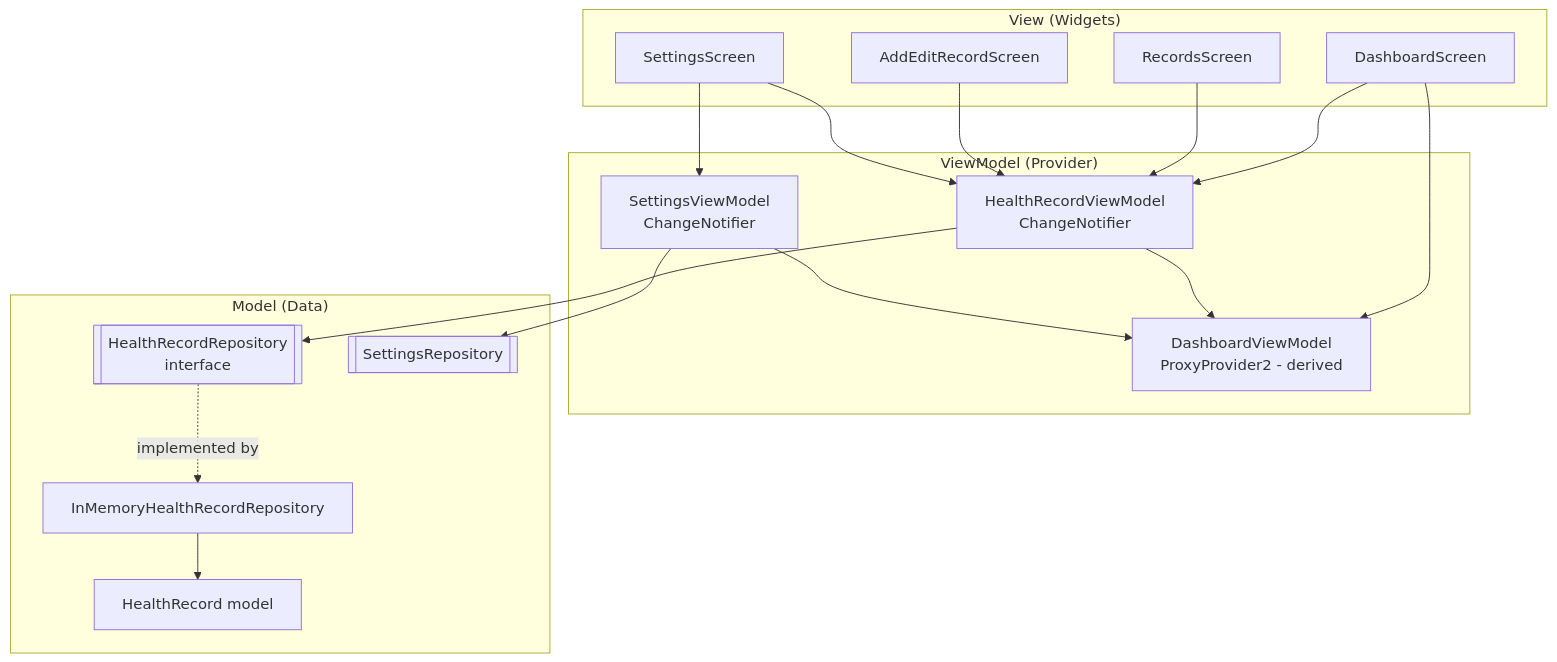
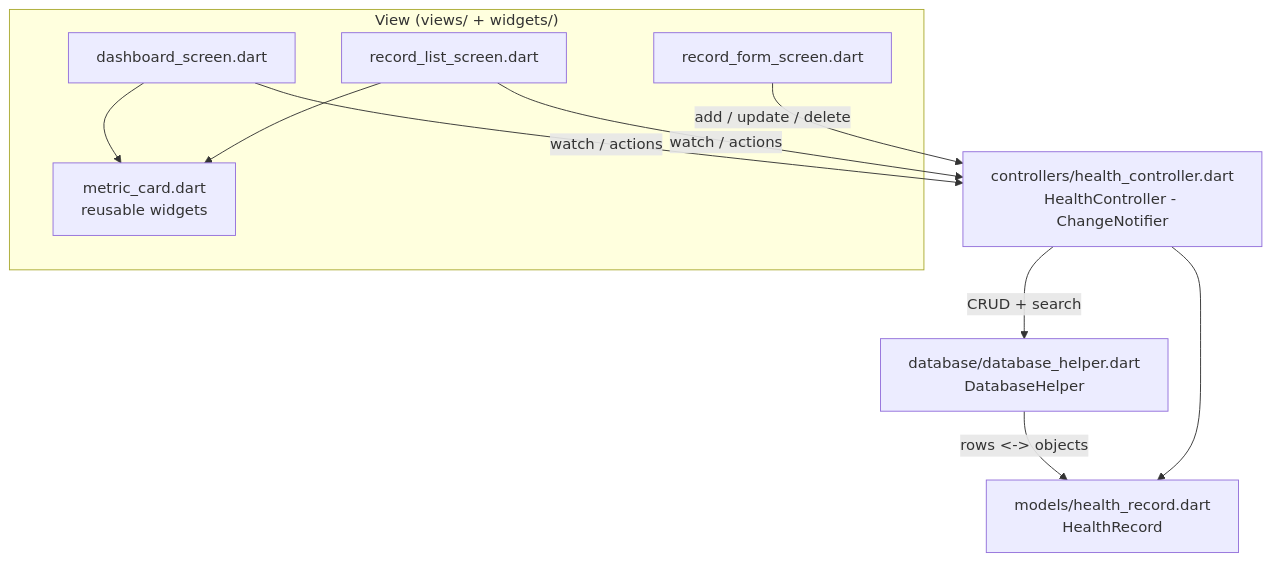
The diagram in README.md (Gayya-99/healthmate), drawn with Mermaid before and after one commit. The commit also changed other lines of this file and 5 other files, not shown here.

````diff
--- a/README.md
+++ b/README.md
@@ -28,32 +31,21 @@
 ```mermaid
 flowchart TD
-    subgraph View["View (Widgets)"]
-        D[DashboardScreen]
-        R[RecordsScreen]
-        F[AddEditRecordScreen]
-        S[SettingsScreen]
+    subgraph Views["View (views/ + widgets/)"]
+        D[dashboard_screen.dart]
+        L[record_list_screen.dart]
+        F[record_form_screen.dart]
+        W[metric_card.dart<br/>reusable widgets]
     end
-    subgraph VM["ViewModel (Provider)"]
-        HVM[HealthRecordViewModel<br/>ChangeNotifier]
-        SVM[SettingsViewModel<br/>ChangeNotifier]
-        DVM[DashboardViewModel<br/>ProxyProvider2 - derived]
-    end
-    subgraph Model["Model (Data)"]
-        REPO[[HealthRecordRepository<br/>interface]]
-        MEM[InMemoryHealthRecordRepository]
-        SREPO[[SettingsRepository]]
-        HR[HealthRecord model]
-    end
-    D --> DVM
-    D --> HVM
-    R --> HVM
-    F --> HVM
-    S --> SVM
-    S --> HVM
-    HVM --> DVM
-    SVM --> DVM
-    HVM --> REPO
-    REPO -.implemented by.-> MEM
-    SVM --> SREPO
-    MEM --> HR
+    C[controllers/health_controller.dart<br/>HealthController - ChangeNotifier]
+    DB[database/database_helper.dart<br/>DatabaseHelper]
+    M[models/health_record.dart<br/>HealthRecord]
+
+    D -- watch / actions --> C
+    L -- watch / actions --> C
+    F -- add / update / delete --> C
+    D --> W
+    L --> W
+    C -- CRUD + search --> DB
+    DB -- rows <-> objects --> M
+    C --> M
 ```
````
